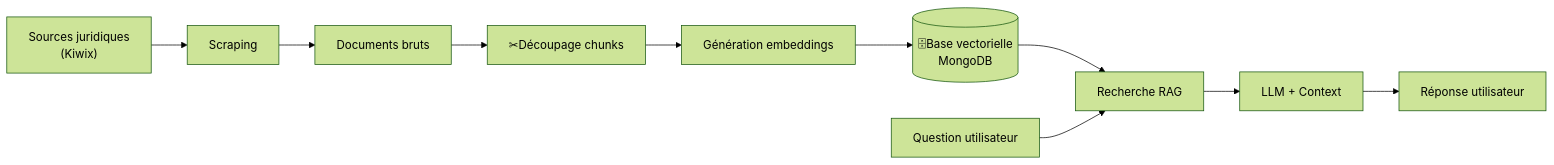
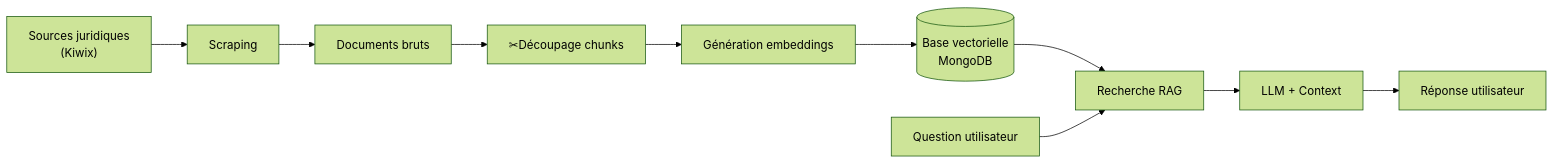
One commit to epf-projet-chatbot/.github changed the third of 3 diagrams in profile/README.md. Above: the diagram before and after it, drawn with Mermaid (forest theme). The commit also changed other lines of this file, not shown here.

````diff
--- a/profile/README.md
+++ b/profile/README.md
@@ -93,19 +93,19 @@
 ```mermaid
 flowchart LR
     %% Collecte
     A["Sources juridiques<br/>(Kiwix)"] --> B["Scraping"]
     
     %% Traitement
     B --> C["Documents bruts"]
     C --> D["✂Découpage chunks"]
     D --> E["Génération embeddings"]
-    E --> F[("🗄Base vectorielle<br/>MongoDB")]
+    E --> F[("Base vectorielle<br/>MongoDB")]
     
     %% Application
     F --> G["Recherche RAG"]
     G --> H["LLM + Context"]
     H --> I["Réponse utilisateur"]
     
     %% Interface
     J["Question utilisateur"] --> G
 ```
````
